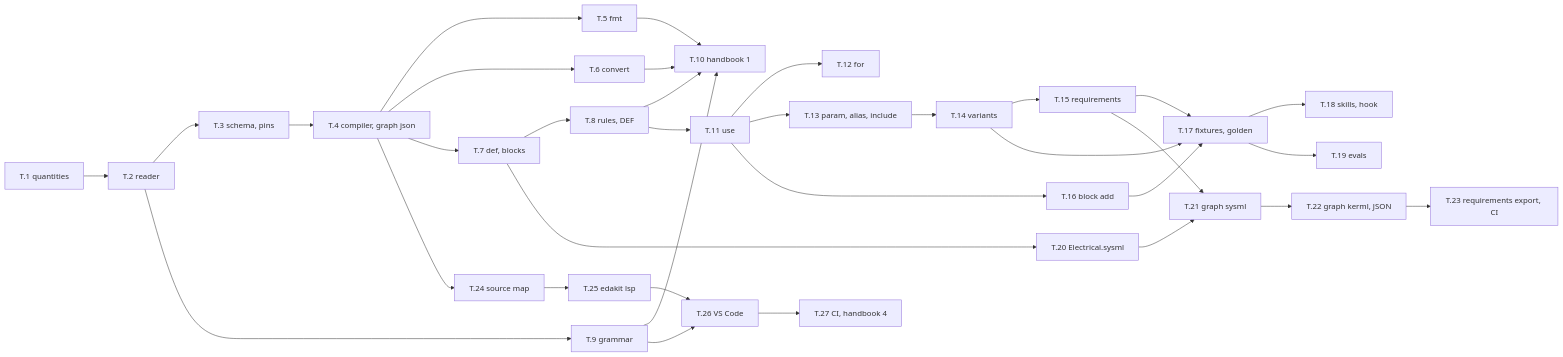
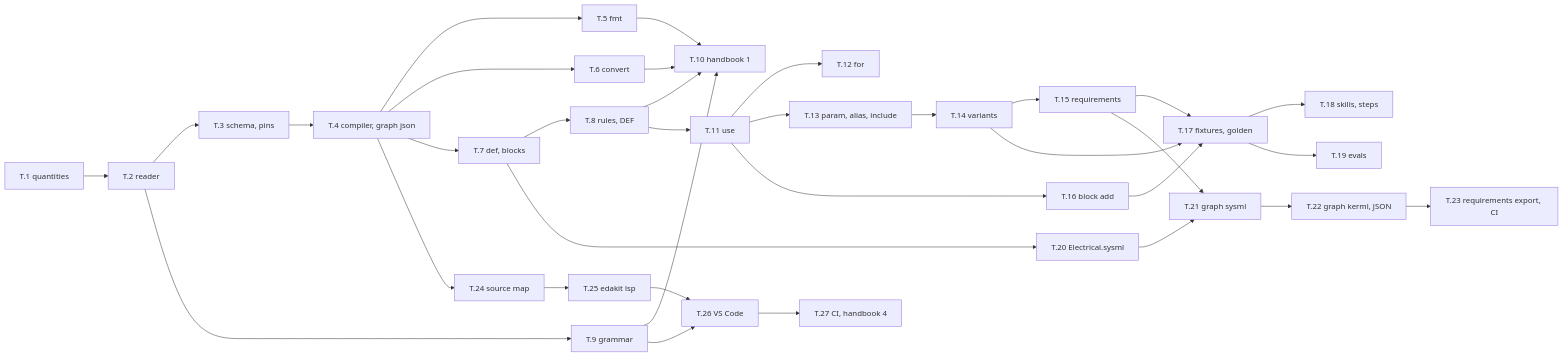
One commit to tgd1975/edakit changed the diagram in docs/concepts/new/circuit-dsl-toolchain.md. Above: the diagram before and after it, drawn with Mermaid. The commit also changed other lines of this file and 1 other file, not shown here.

````diff
--- a/docs/concepts/new/circuit-dsl-toolchain.md
+++ b/docs/concepts/new/circuit-dsl-toolchain.md
@@ -92,23 +110,23 @@
 ```mermaid
 graph LR
   t1["T.1 quantities"] --> t2["T.2 reader"] --> t3["T.3 schema, pins"] --> t4["T.4 compiler, graph json"]
   t4 --> t5["T.5 fmt"]
   t4 --> t6["T.6 convert"]
   t4 --> t7["T.7 def, blocks"] --> t8["T.8 rules, DEF"] --> t10["T.10 handbook 1"]
   t2 --> t9["T.9 grammar"] --> t10
   t5 --> t10
   t6 --> t10
   t8 --> t11["T.11 use"] --> t12["T.12 for"]
   t11 --> t13["T.13 param, alias, include"] --> t14["T.14 variants"] --> t15["T.15 requirements"]
   t11 --> t16["T.16 block add"]
   t14 --> t17["T.17 fixtures, golden"]
   t16 --> t17
   t15 --> t17
-  t17 --> t18["T.18 skills, hook"]
+  t17 --> t18["T.18 skills, steps"]
   t17 --> t19["T.19 evals"]
   t7 --> t20["T.20 Electrical.sysml"] --> t21["T.21 graph sysml"] --> t22["T.22 graph kerml, JSON"]
   t22 --> t23["T.23 requirements export, CI"]
   t15 --> t21
   t4 --> t24["T.24 source map"] --> t25["T.25 edakit lsp"] --> t26["T.26 VS Code"] --> t27["T.27 CI, handbook 4"]
   t9 --> t26
 ```
````
